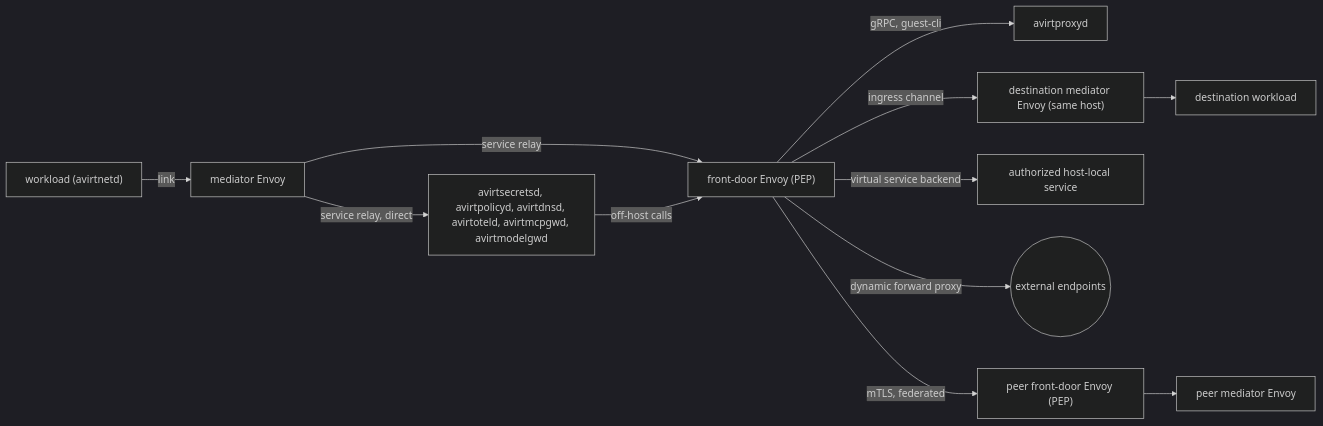
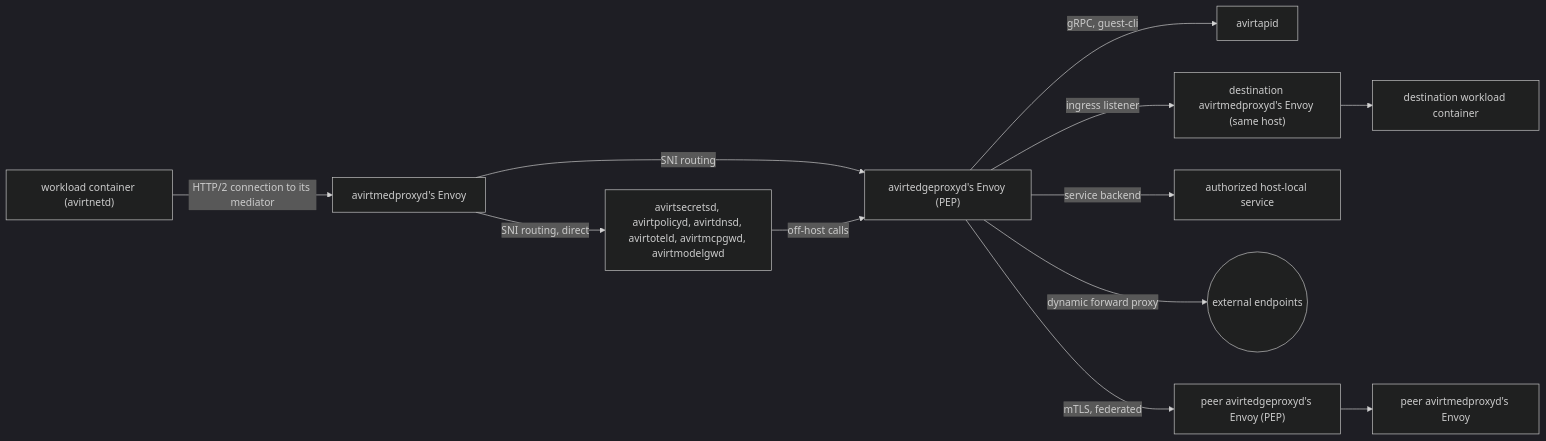
One commit to tbhb-dev/avirt changed the first of 4 diagrams in docs/components.md. Above: the diagram before and after it, drawn with Mermaid (dark theme). The commit also changed other lines of this file and 61 other files, not shown here.

First line of the commit message:
docs: design the avirt component architecture

````diff
--- a/docs/components.md
+++ b/docs/components.md
@@ -176,14 +147,14 @@
 ```mermaid
 flowchart LR
-    wl["workload (avirtnetd)"] -->|"link"| me["mediator Envoy"]
-    me -->|"service relay, direct"| hs["avirtsecretsd, avirtpolicyd, avirtdnsd, avirtoteld, avirtmcpgwd, avirtmodelgwd"]
-    me -->|"service relay"| fd["front-door Envoy (PEP)"]
-    fd -->|"gRPC, guest-cli"| proxyd["avirtproxyd"]
-    fd -->|"ingress channel"| me2["destination mediator Envoy (same host)"]
-    me2 --> wl2["destination workload"]
-    fd -->|"virtual service backend"| hl["authorized host-local service"]
+    wl["workload container (avirtnetd)"] -->|"HTTP/2 connection to its mediator"| me["avirtmedproxyd's Envoy"]
+    me -->|"SNI routing, direct"| hs["avirtsecretsd, avirtpolicyd, avirtdnsd, avirtoteld, avirtmcpgwd, avirtmodelgwd"]
+    me -->|"SNI routing"| fd["avirtedgeproxyd's Envoy (PEP)"]
+    fd -->|"gRPC, guest-cli"| apid["avirtapid"]
+    fd -->|"ingress listener"| me2["destination avirtmedproxyd's Envoy (same host)"]
+    me2 --> wl2["destination workload container"]
+    fd -->|"service backend"| hl["authorized host-local service"]
     fd -->|"dynamic forward proxy"| net(("external endpoints"))
-    fd -->|"mTLS, federated"| pfd["peer front-door Envoy (PEP)"]
-    pfd --> pme["peer mediator Envoy"]
+    fd -->|"mTLS, federated"| pfd["peer avirtedgeproxyd's Envoy (PEP)"]
+    pfd --> pme["peer avirtmedproxyd's Envoy"]
     hs -->|"off-host calls"| fd
 ```
````
